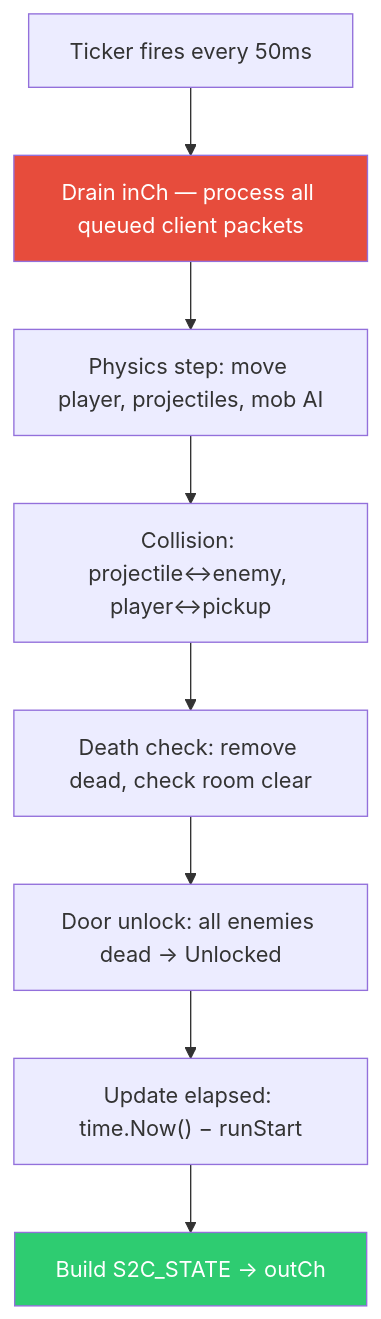
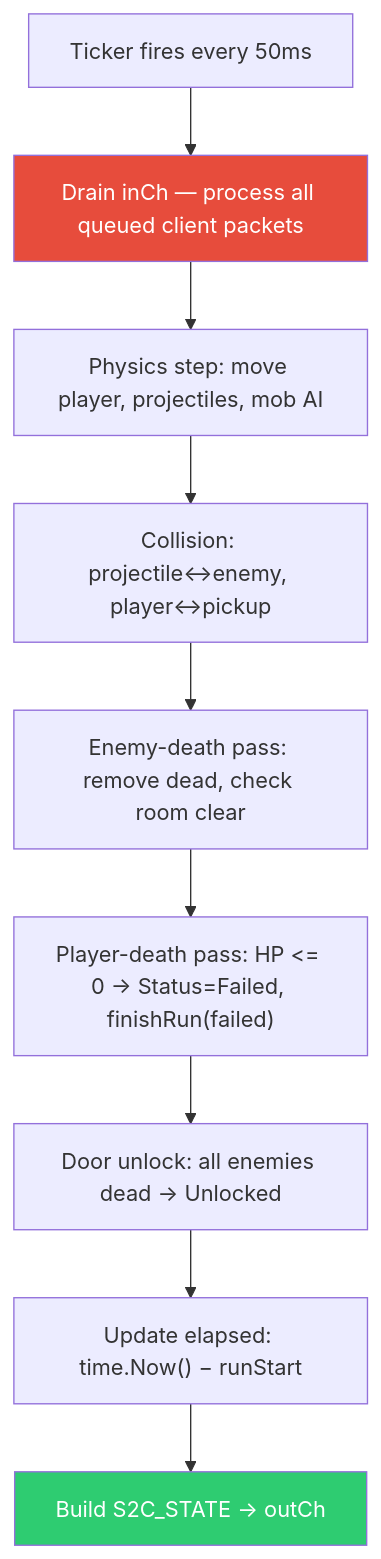
Before and after one commit to NUSGreyhats/dcsg-vibecat-404: the second of 3 diagrams in docs/specs/foundations/05-server-runtime.md, drawn with Mermaid. The commit also changed other lines of this file and 16 other files, not shown here.

````diff
--- a/docs/specs/foundations/05-server-runtime.md
+++ b/docs/specs/foundations/05-server-runtime.md
@@ -65,13 +65,14 @@
 ```mermaid
 graph TD
     TICK["Ticker fires every 50ms"] --> DRAIN["Drain inCh — process all queued client packets"]
     DRAIN --> PHYSICS["Physics step: move player, projectiles, mob AI"]
     PHYSICS --> COLLISION["Collision: projectile↔enemy, player↔pickup"]
-    COLLISION --> DEATH["Death check: remove dead, check room clear"]
-    DEATH --> DOOR["Door unlock: all enemies dead → Unlocked"]
+    COLLISION --> DEATH["Enemy-death pass: remove dead, check room clear"]
+    DEATH --> PDEATH["Player-death pass: HP <= 0 → Status=Failed, finishRun(failed)"]
+    PDEATH --> DOOR["Door unlock: all enemies dead → Unlocked"]
     DOOR --> TIMER["Update elapsed: time.Now() − runStart"]
     TIMER --> SEND["Build S2C_STATE → outCh"]
 
     style DRAIN fill:#e74c3c,color:#fff
     style SEND fill:#2ecc71,color:#fff
 ```
````
